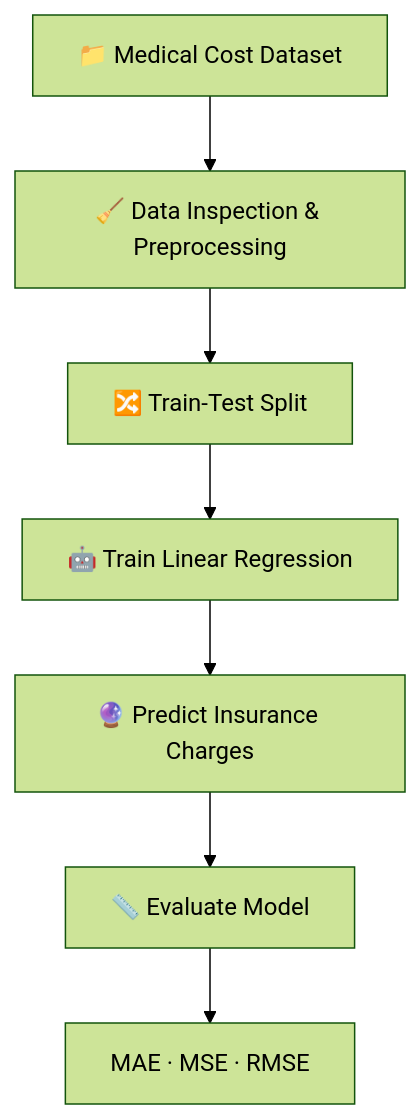
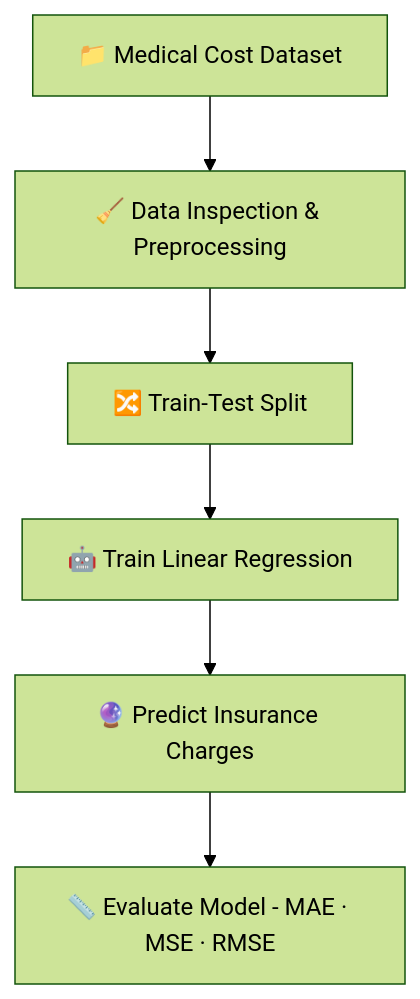
Before and after one commit to JoyJoita/Medical-Insurance-Cost-Estimator: the diagram in README.md, drawn with Mermaid (forest theme). The commit also changed other lines of this file, not shown here.

Commit message:
Update README.md
Corrected File Structure.

````diff
--- a/README.md
+++ b/README.md
@@ -53,9 +53,8 @@
 ```mermaid
 flowchart TD
     A[📁 Medical Cost Dataset] --> B[🧹 Data Inspection & Preprocessing]
     B --> C[🔀 Train-Test Split]
     C --> D[🤖 Train Linear Regression]
     D --> E[🔮 Predict Insurance Charges]
-    E --> F[📏 Evaluate Model]
-    F --> G[MAE · MSE · RMSE]
+    E --> F[📏 Evaluate Model - MAE · MSE · RMSE]
 ```
````
